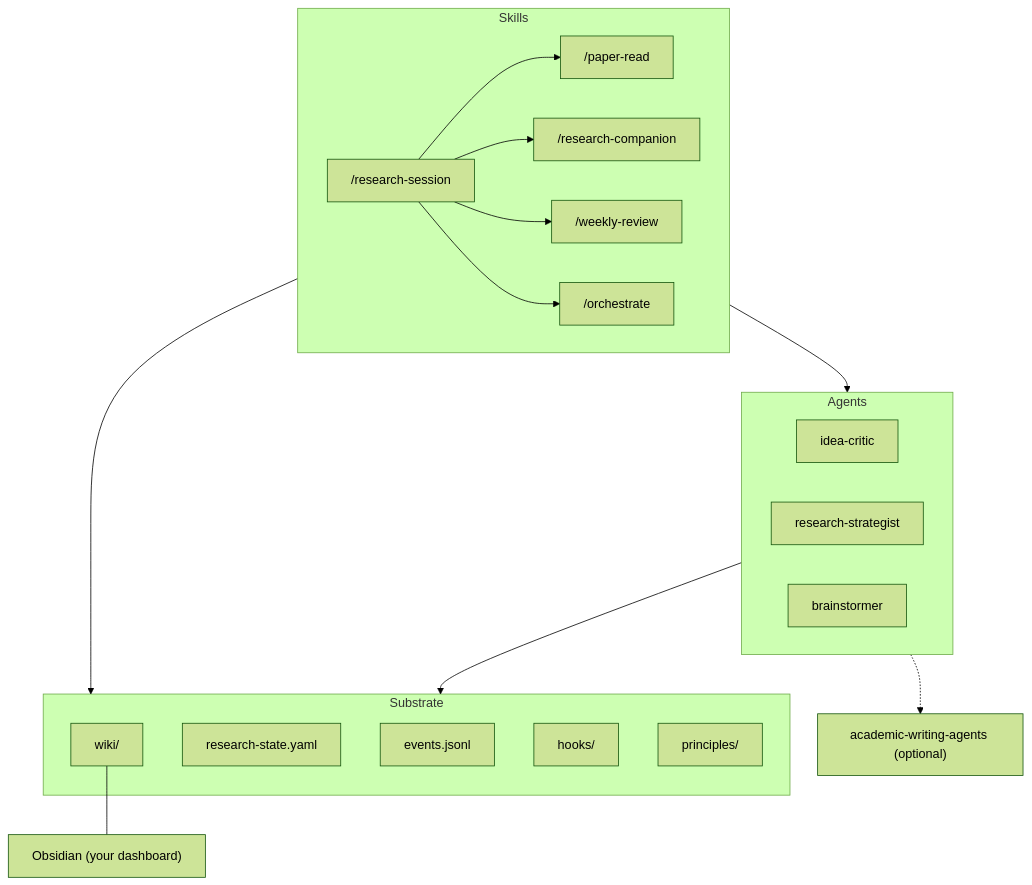
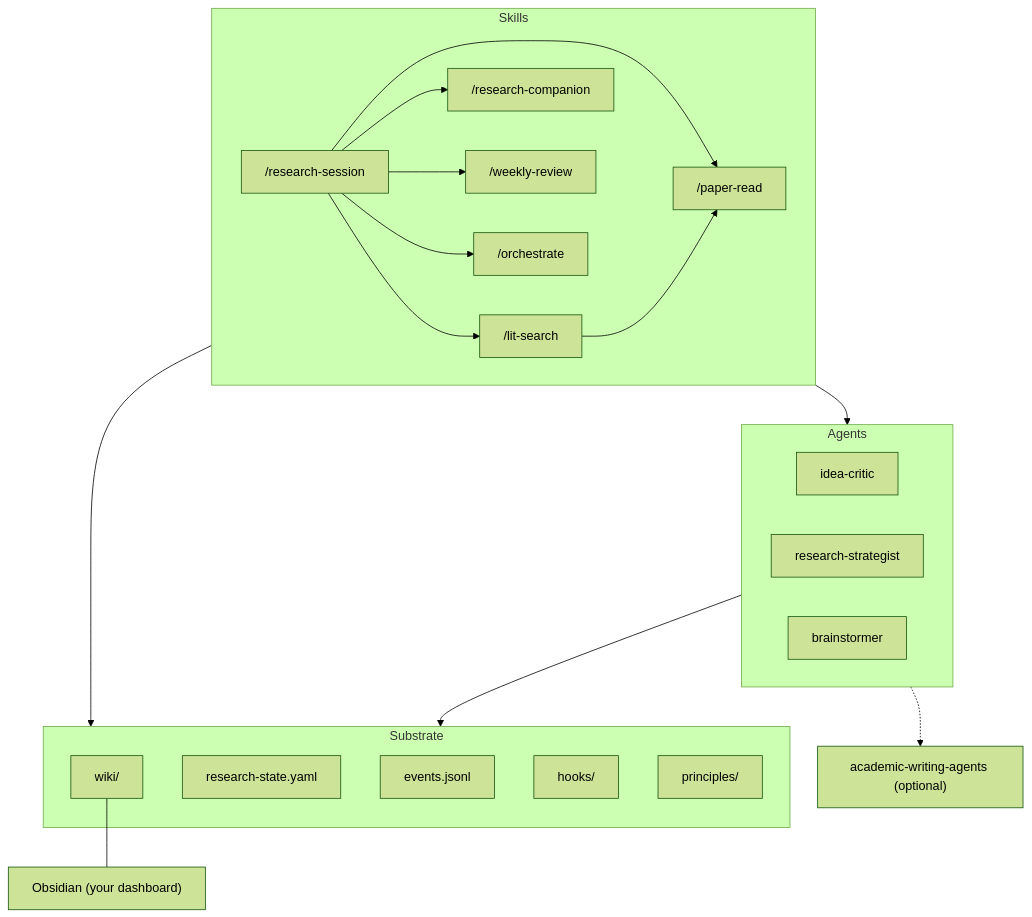
One commit to andrehuang/researcher-pack changed the second of 2 diagrams in README.md. Above: the diagram before and after it, drawn with Mermaid (forest theme). The commit also changed other lines of this file and 6 other files, not shown here.

First line of the commit message:
skills: add /lit-search for persistent subfield mapping

````diff
--- a/README.md
+++ b/README.md
@@ -62,33 +62,36 @@
 ```mermaid
 flowchart TB
     subgraph Skills
         RS["/research-session"]
         PR["/paper-read"]
+        LS["/lit-search"]
         RC["/research-companion"]
         WR["/weekly-review"]
         OR["/orchestrate"]
         RS --> PR
+        RS --> LS
         RS --> RC
         RS --> WR
         RS --> OR
+        LS --> PR
     end
     subgraph Agents
         IC["idea-critic"]
         RST["research-strategist"]
         BR["brainstormer"]
     end
     subgraph Substrate
         WK["wiki/"]
         ST["research-state.yaml"]
         EV["events.jsonl"]
         HK["hooks/"]
         PN["principles/"]
     end
     OBS["Obsidian (your dashboard)"]
     AWA["academic-writing-agents (optional)"]
     Skills --> Agents
     Skills --> Substrate
     Agents --> Substrate
     WK --- OBS
     Agents -.-> AWA
 ```
````
